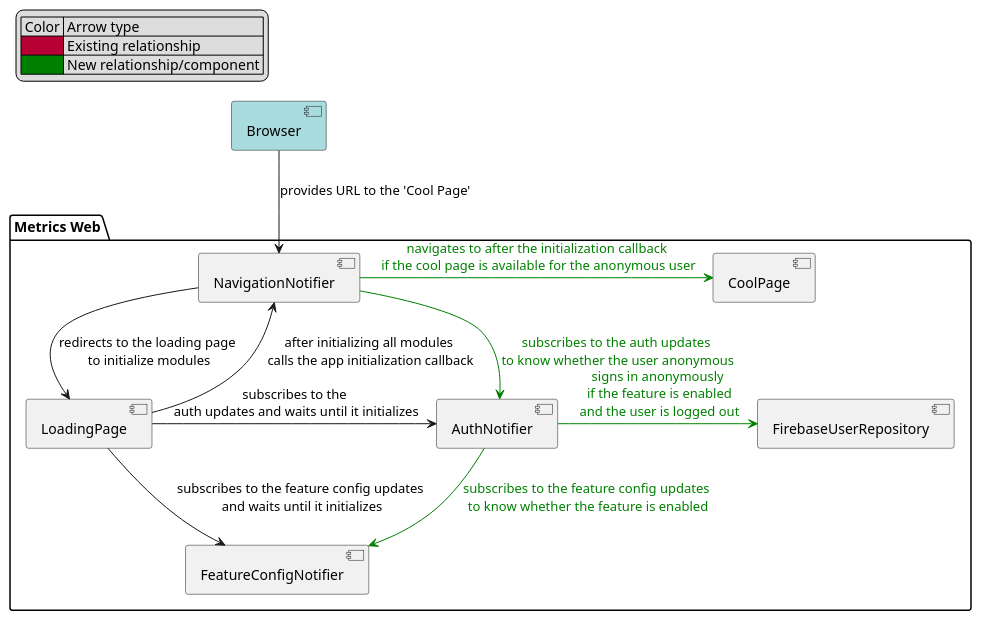
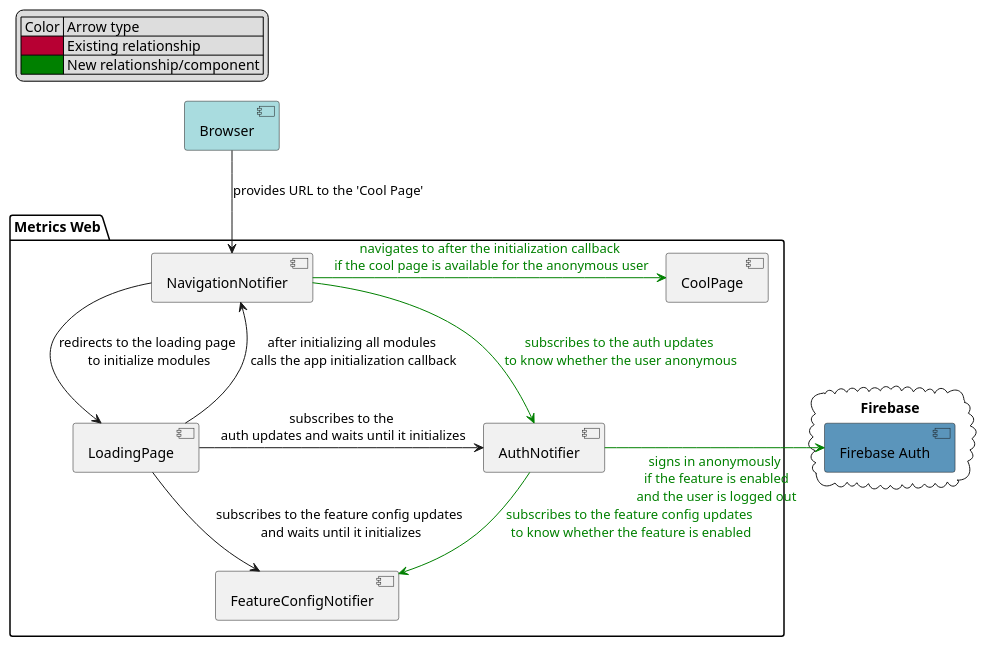
The diagram in metrics/web/docs/features/public_dashboard/diagrams/public_dashboard_architecture_components_diagram.puml (Flank/flank-dashboard), drawn with PlantUML before and after one commit. The commit also changed 3 other files, not shown here.

```diff
--- a/metrics/web/docs/features/public_dashboard/diagrams/public_dashboard_architecture_components_diagram.puml
+++ b/metrics/web/docs/features/public_dashboard/diagrams/public_dashboard_architecture_components_diagram.puml
@@ -1,30 +1,33 @@
 @startuml public_dashboard_architecture_components_diagram
 
 legend top left
     | Color | Arrow type |
     |<#B70033>| Existing relationship |
     |<#Green>| New relationship/component |
 endlegend
 
 component Browser #A9DCDF
 
 package "Metrics Web" {
     component "LoadingPage" as loading_page
     component "AuthNotifier" as auth
     component "FeatureConfigNotifier" as feature_config
     component "NavigationNotifier" as navigation
     component "CoolPage" as cool_page
-    component "FirebaseUserRepository" as firebase
+}
+
+cloud "Firebase" {
+    component "Firebase Auth" as firebase_auth #5B95BB
 }
 
 Browser --> navigation: provides URL to the 'Cool Page'
 navigation --> loading_page: redirects to the loading page\n to initialize modules
 loading_page -> auth: subscribes to the\n auth updates and waits until it initializes
 loading_page --> feature_config: subscribes to the feature config updates\n and waits until it initializes
-auth -[#green]right-> firebase: <color:green>signs in anonymously\n <color:green>if the feature is enabled\n <color:green>and the user is logged out
+auth -[#green]right-> firebase_auth: <color:green>signs in anonymously\n <color:green>if the feature is enabled\n <color:green>and the user is logged out
 auth -[#green]-> feature_config: <color:green>subscribes to the feature config updates\n <color:green>to know whether the feature is enabled
 loading_page -up-> navigation: after initializing all modules\n calls the app initialization callback
 navigation -[#green]right-> cool_page: <color:green>navigates to after the initialization callback\n <color:green>if the cool page is available for the anonymous user
 navigation -[#green]> auth: <color:green>subscribes to the auth updates\n <color:green>to know whether the user anonymous
 
 @enduml
```
